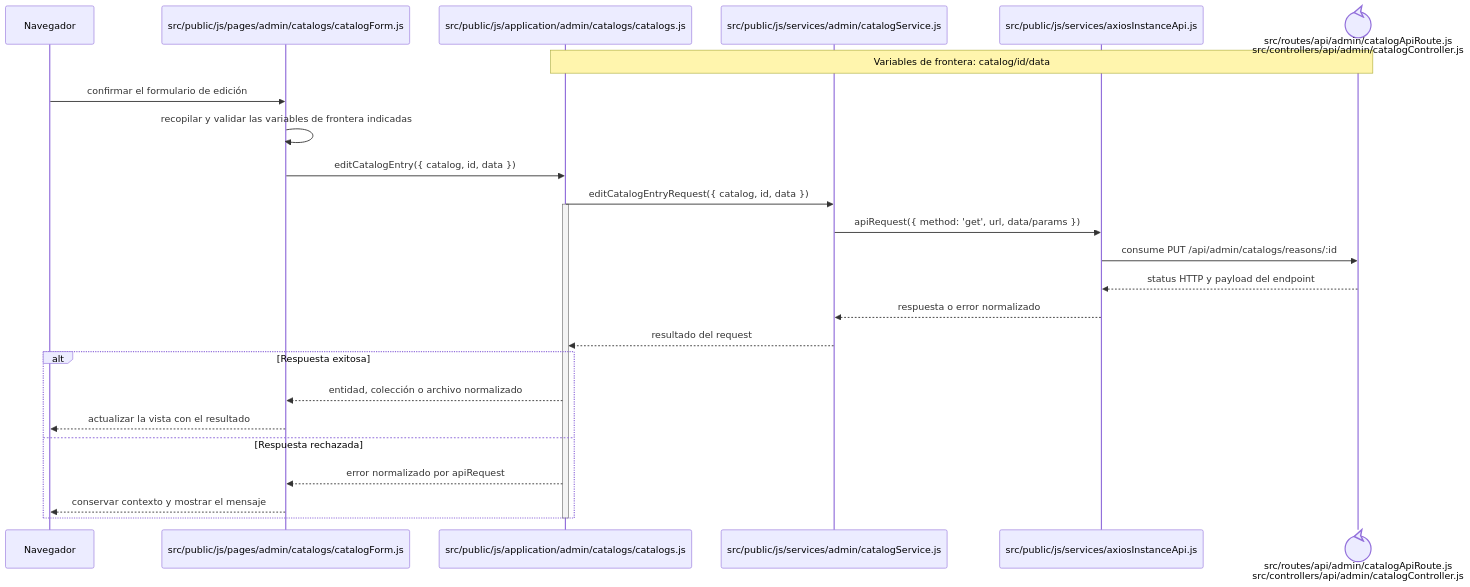
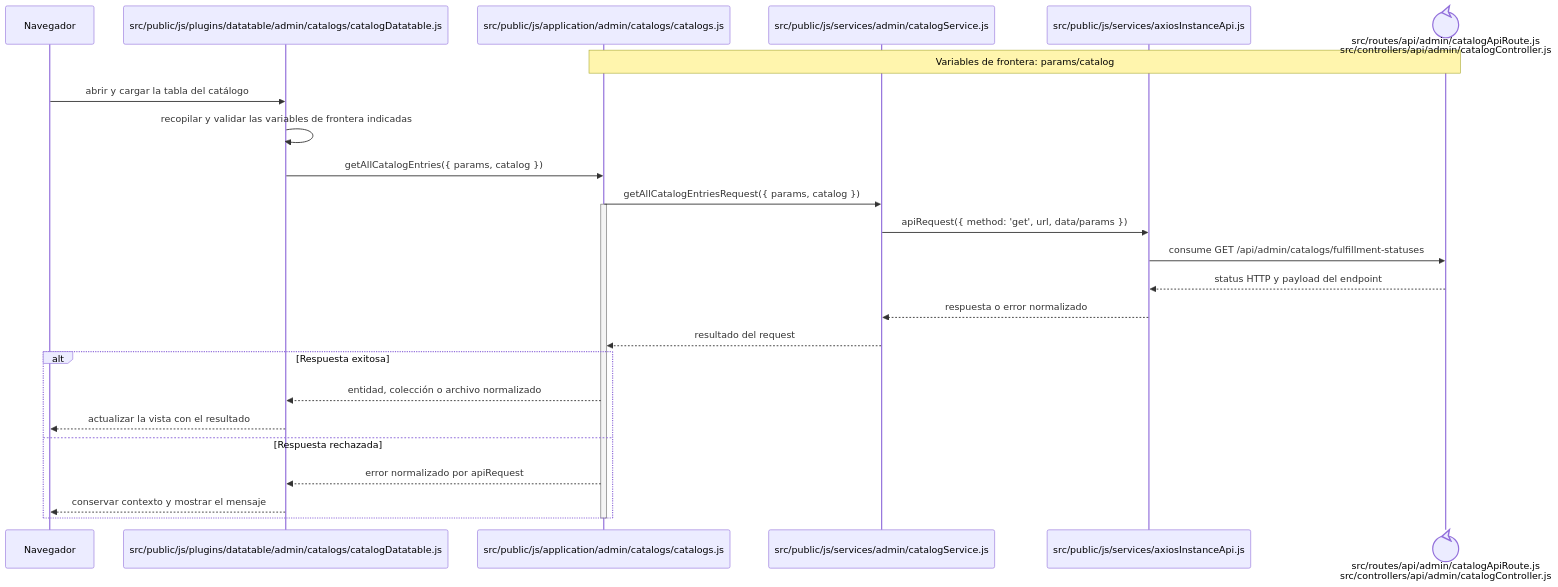
One commit to gpgsistemas01/nexus changed the diagram in docs/architecture/frontend-code-sequences/catalogs/cu-cat-24.md. Above: the diagram before and after it, drawn with Mermaid. The commit also changed other lines of this file and 167 other files, not shown here.

````diff
--- a/docs/architecture/frontend-code-sequences/catalogs/cu-cat-24.md
+++ b/docs/architecture/frontend-code-sequences/catalogs/cu-cat-24.md
@@ -6,29 +6,29 @@
 ```mermaid
 sequenceDiagram
     participant Browser as Navegador
-    participant View as src/public/js/pages/admin/catalogs/catalogForm.js
+    participant View as src/public/js/plugins/datatable/admin/catalogs/catalogDatatable.js
     participant Application as src/public/js/application/admin/catalogs/catalogs.js
     participant Request as src/public/js/services/admin/catalogService.js
     participant HTTP as src/public/js/services/axiosInstanceApi.js
     participant Transport@{ "type": "control" } as src/routes/api/admin/catalogApiRoute.js<br/>src/controllers/api/admin/catalogController.js
-    Note over Application,Transport: Variables de frontera: catalog/id/data
+    Note over Application,Transport: Variables de frontera: params/catalog
 
-    Browser->>View: confirmar el formulario de edición
+    Browser->>View: abrir y cargar la tabla del catálogo
     View->>View: recopilar y validar las variables de frontera indicadas
-    View->>Application: editCatalogEntry({ catalog, id, data })
-    Application->>Request: editCatalogEntryRequest({ catalog, id, data })
+    View->>Application: getAllCatalogEntries({ params, catalog })
+    Application->>Request: getAllCatalogEntriesRequest({ params, catalog })
     activate Application
     Request->>HTTP: apiRequest({ method: 'get', url, data/params })
-    HTTP->>Transport: consume PUT /api/admin/catalogs/reasons/:id
+    HTTP->>Transport: consume GET /api/admin/catalogs/fulfillment-statuses
     Transport-->>HTTP: status HTTP y payload del endpoint
     HTTP-->>Request: respuesta o error normalizado
     Request-->>Application: resultado del request
     alt Respuesta exitosa
         Application-->>View: entidad, colección o archivo normalizado
         View-->>Browser: actualizar la vista con el resultado
     else Respuesta rechazada
         Application-->>View: error normalizado por apiRequest
         View-->>Browser: conservar contexto y mostrar el mensaje
     end
     deactivate Application
 ```
````
